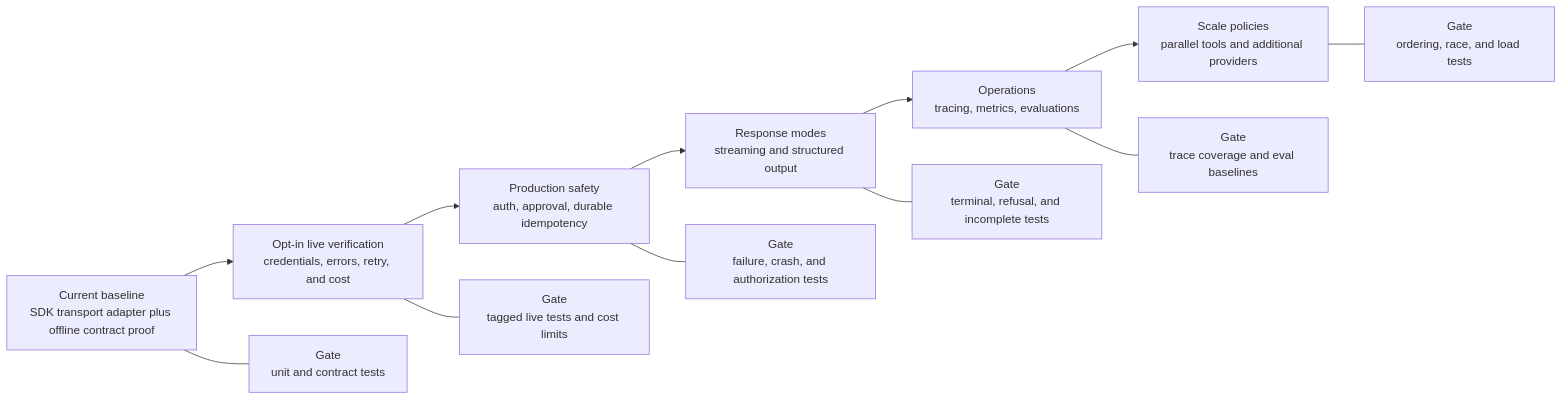
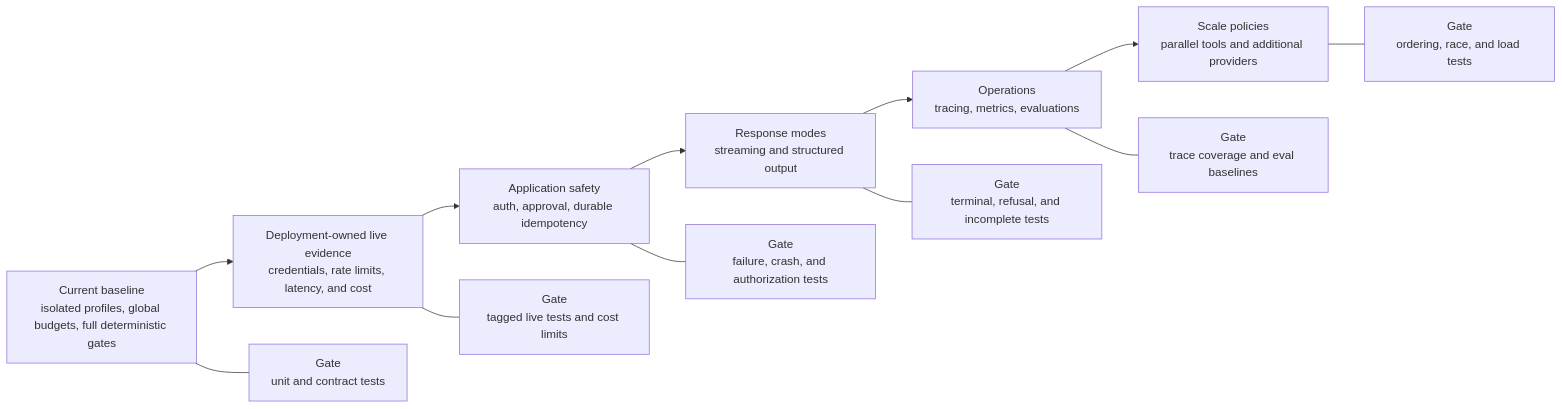
Before and after one commit to jamienlu/pickagent: the second of 2 diagrams in responses-agent-runtime/docs/project-mind-map.md, drawn with Mermaid. The commit also changed other lines of this file and 78 other files, not shown here.

````diff
--- a/responses-agent-runtime/docs/project-mind-map.md
+++ b/responses-agent-runtime/docs/project-mind-map.md
@@ -72,15 +89,15 @@
 ```mermaid
 flowchart LR
-    A[Current baseline<br/>SDK transport adapter plus offline contract proof] --> B[Opt-in live verification<br/>credentials, errors, retry, and cost]
-    B --> C[Production safety<br/>auth, approval, durable idempotency]
+    A[Current baseline<br/>isolated profiles, global budgets, full deterministic gates] --> B[Deployment-owned live evidence<br/>credentials, rate limits, latency, and cost]
+    B --> C[Application safety<br/>auth, approval, durable idempotency]
     C --> D[Response modes<br/>streaming and structured output]
     D --> E[Operations<br/>tracing, metrics, evaluations]
     E --> F[Scale policies<br/>parallel tools and additional providers]
 
     A --- GA[Gate<br/>unit and contract tests]
     B --- GB[Gate<br/>tagged live tests and cost limits]
     C --- GC[Gate<br/>failure, crash, and authorization tests]
     D --- GD[Gate<br/>terminal, refusal, and incomplete tests]
     E --- GE[Gate<br/>trace coverage and eval baselines]
     F --- GF[Gate<br/>ordering, race, and load tests]
 ```
````
